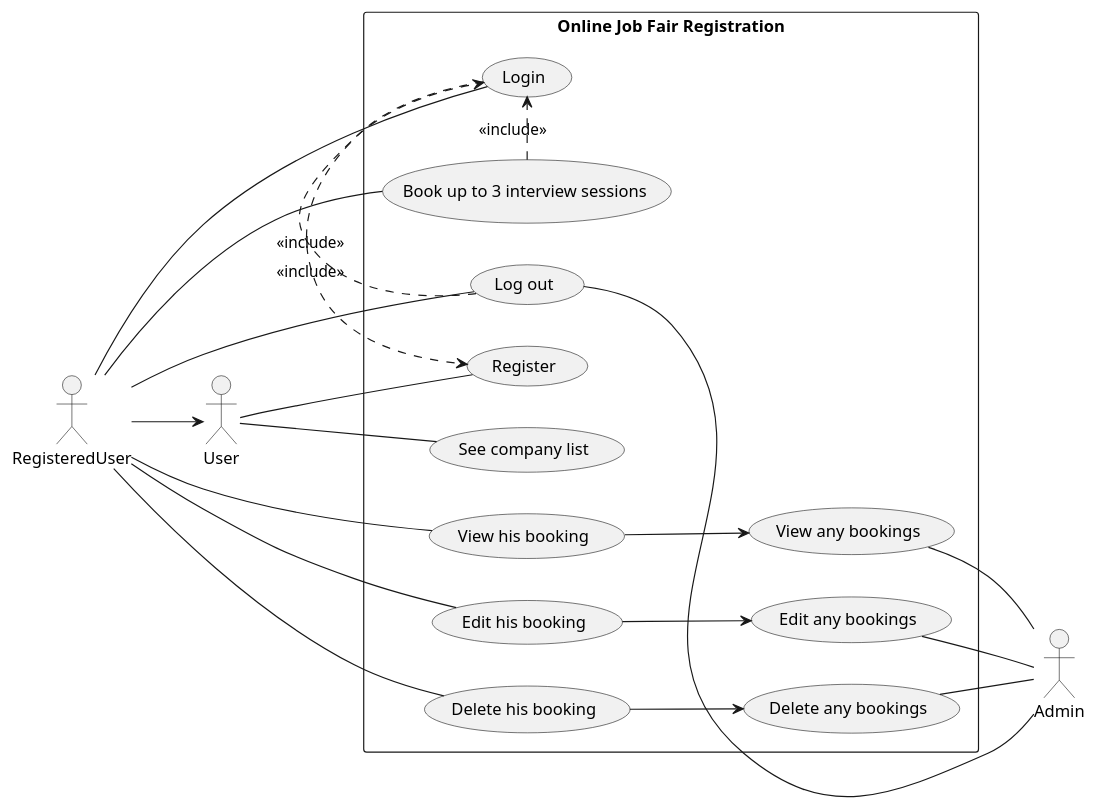
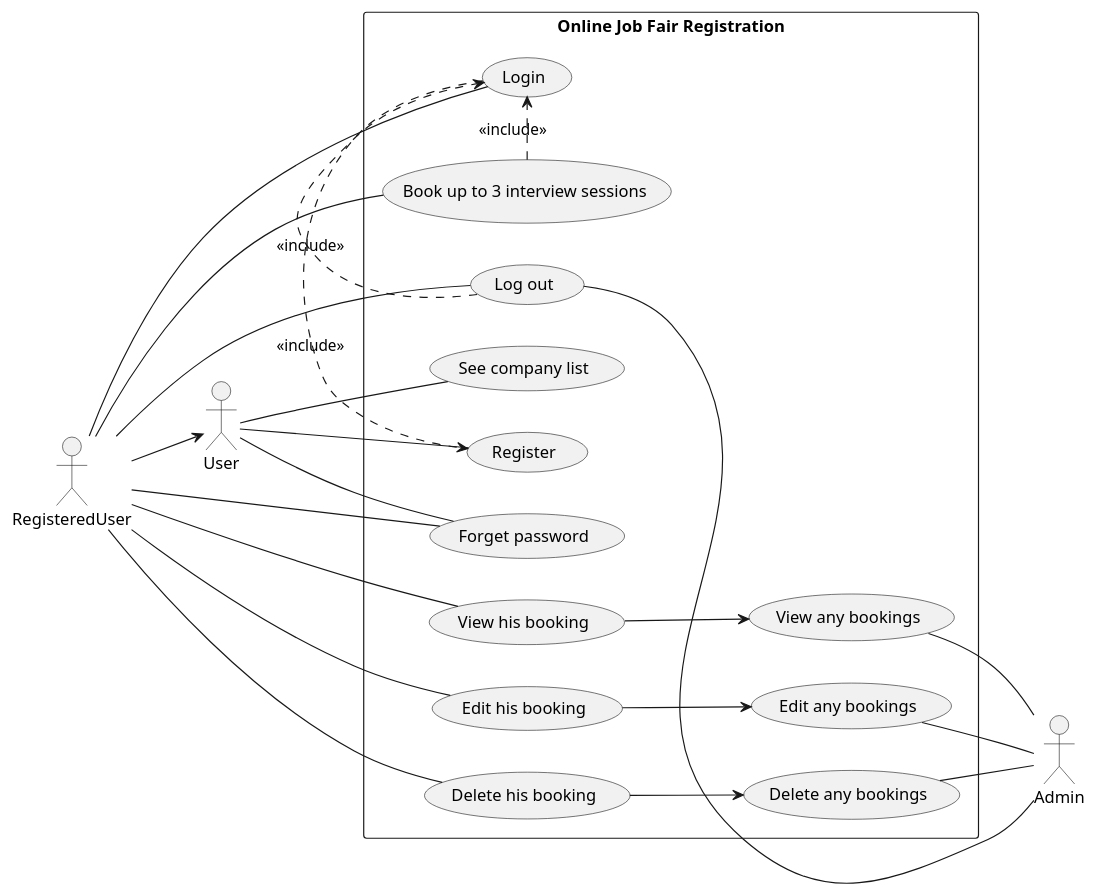
The diagram in use-case.puml (TeerapatChan/CU-JobfairBackend), drawn with PlantUML before and after one commit.

Commit message:
refactor: use case

```diff
--- a/use-case.puml
+++ b/use-case.puml
@@ -1,42 +1,44 @@
 @startuml
 left to right direction
 
 rectangle "Online Job Fair Registration" as ojf {
     (See company list)
     (Register)
     (Login)
     (Book up to 3 interview sessions)
     (View his booking)
     (Edit his booking)
     (Delete his booking)
+    (Forget password)
     (Log out)
 
     (Login) .> (Register) : <<include>>
 
     (View his booking) --> (View any bookings)
     (Edit his booking) --> (Edit any bookings)
     (Delete his booking) --> (Delete any bookings)
 
     (Book up to 3 interview sessions) .> (Login) : <<include>>
     (Log out) .> (Login) : <<include>>
 }
 
 RegisteredUser --> User
 
-
+User --(Forget password)
 User -- (See company list)
 User -- (Register)
+RegisteredUser -- (Forget password)
 RegisteredUser -- (Login)
 RegisteredUser -- (Book up to 3 interview sessions)
 RegisteredUser -- (View his booking)
 RegisteredUser -- (Edit his booking)
 RegisteredUser -- (Delete his booking)
 RegisteredUser -- (Log out)
 
 
 (Log out) -- Admin
 (View any bookings) -- Admin
 (Edit any bookings) -- Admin
 (Delete any bookings) -- Admin
 
 @enduml
```
